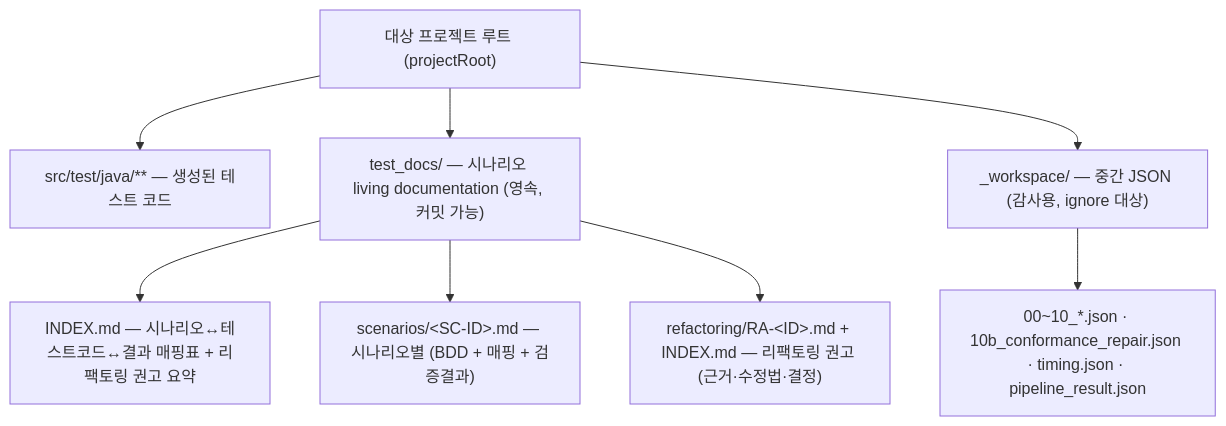
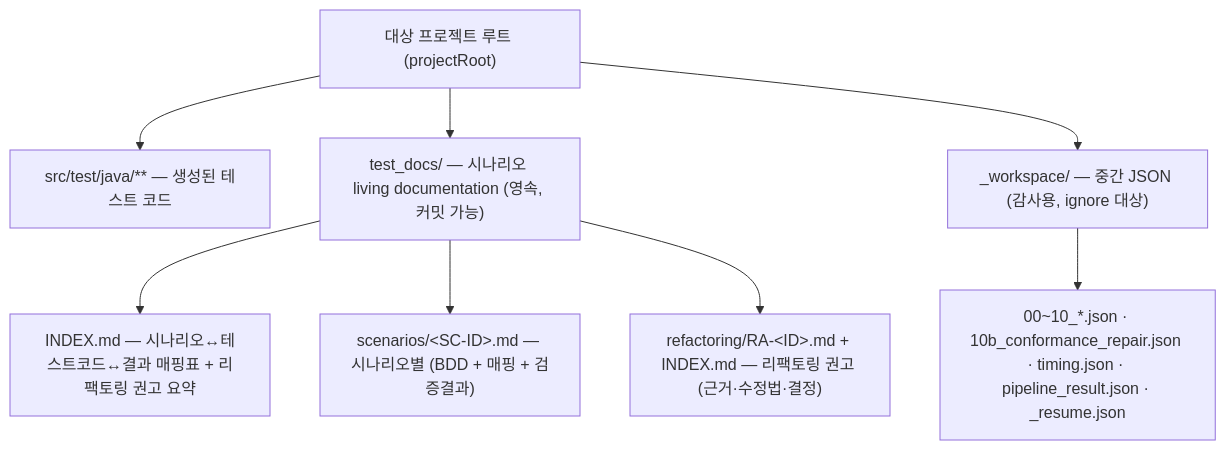
The seventh of 7 diagrams in test-autoevermation-harness-plugin/docs/pipeline-flow.md (1223v/test-autoevermation-harness), drawn with Mermaid before and after one commit. The commit also changed other lines of this file and 2 other files, not shown here.

First line of the commit message:
durable resume(v0.20.0) 반영해 docs 최신화

````diff
--- a/test-autoevermation-harness-plugin/docs/pipeline-flow.md
+++ b/test-autoevermation-harness-plugin/docs/pipeline-flow.md
@@ -243,11 +245,11 @@
 ```mermaid
 flowchart TD
     Root["대상 프로젝트 루트 (projectRoot)"]
     Root --> Src["src/test/java/** — 생성된 테스트 코드"]
     Root --> Docs["test_docs/ — 시나리오 living documentation (영속, 커밋 가능)"]
     Docs --> Index["INDEX.md — 시나리오↔테스트코드↔결과 매핑표 + 리팩토링 권고 요약"]
     Docs --> Scn["scenarios/&lt;SC-ID&gt;.md — 시나리오별 (BDD + 매핑 + 검증결과)"]
     Docs --> Ra["refactoring/RA-&lt;ID&gt;.md + INDEX.md — 리팩토링 권고 (근거·수정법·결정)"]
     Root --> Ws["_workspace/ — 중간 JSON (감사용, ignore 대상)"]
-    Ws --> Wsj["00~10_*.json · 10b_conformance_repair.json · timing.json · pipeline_result.json"]
+    Ws --> Wsj["00~10_*.json · 10b_conformance_repair.json · timing.json · pipeline_result.json · _resume.json"]
 ```
````
